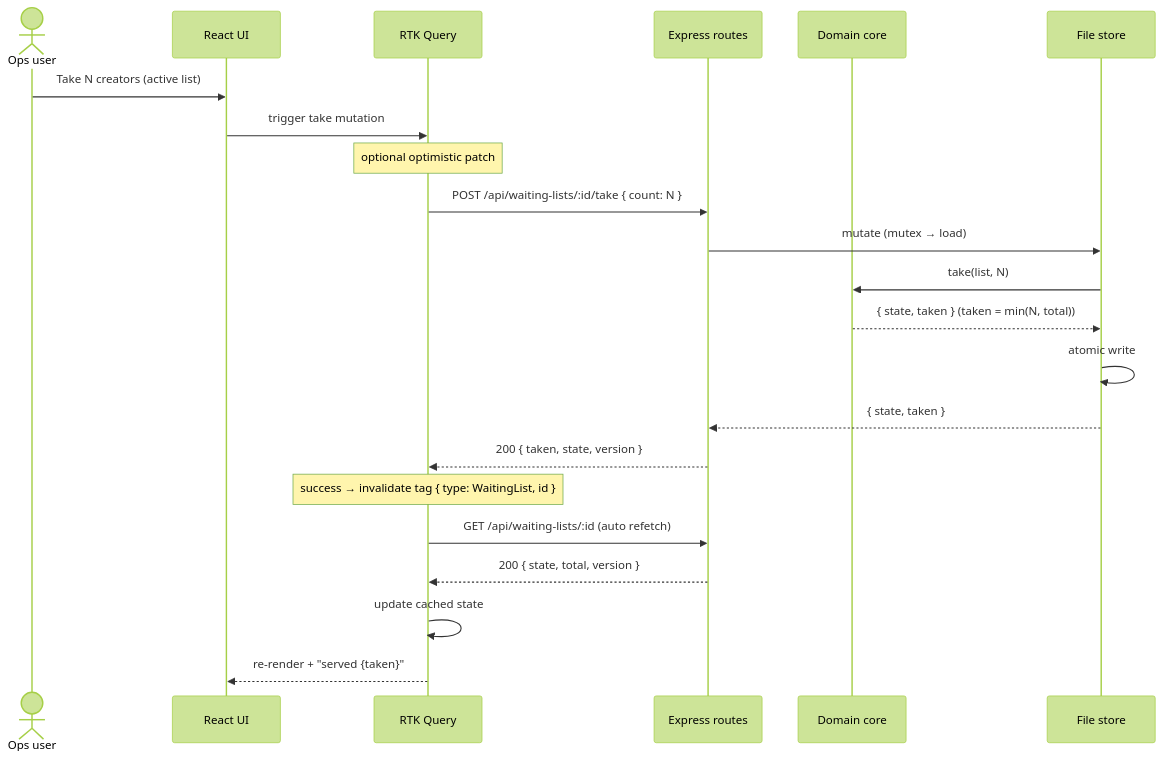
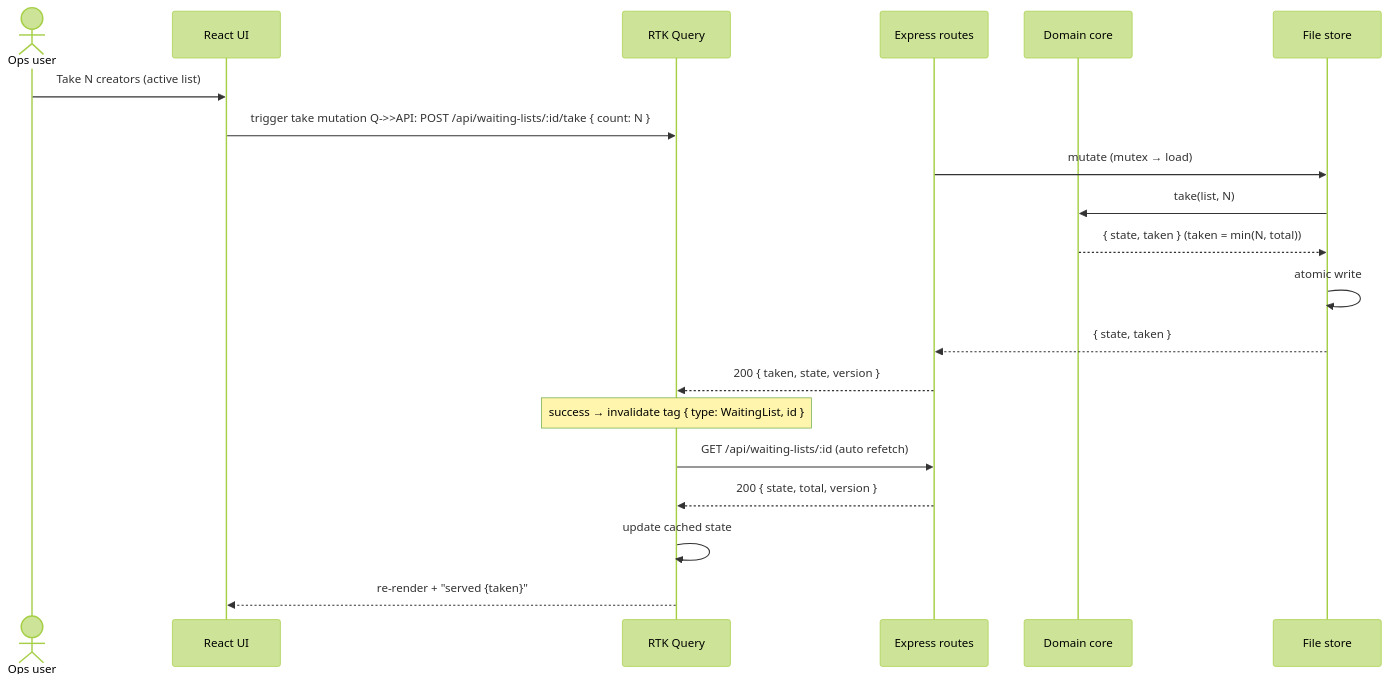
The third of 6 diagrams in docs/architecture.md (anch09/cohort-waiting-list), drawn with Mermaid (forest theme) before and after one commit. The commit also changed other lines of this file and 3 other files, not shown here.

````diff
--- a/docs/architecture.md
+++ b/docs/architecture.md
@@ -103,25 +101,23 @@
 ```mermaid
 sequenceDiagram
   actor U as Ops user
   participant UI as React UI
   participant Q as RTK Query
   participant API as Express routes
   participant D as Domain core
   participant S as File store
 
   U->>UI: Take N creators (active list)
-  UI->>Q: trigger take mutation
-  Note over Q: optional optimistic patch
-  Q->>API: POST /api/waiting-lists/:id/take { count: N }
+  UI->>Q: trigger take mutation  Q->>API: POST /api/waiting-lists/:id/take { count: N }
   API->>S: mutate (mutex → load)
   S->>D: take(list, N)
   D-->>S: { state, taken } (taken = min(N, total))
   S->>S: atomic write
   S-->>API: { state, taken }
   API-->>Q: 200 { taken, state, version }
   Note over Q: success → invalidate tag { type: WaitingList, id }
   Q->>API: GET /api/waiting-lists/:id  (auto refetch)
   API-->>Q: 200 { state, total, version }
   Q->>Q: update cached state
   Q-->>UI: re-render + "served {taken}"
 ```
````
